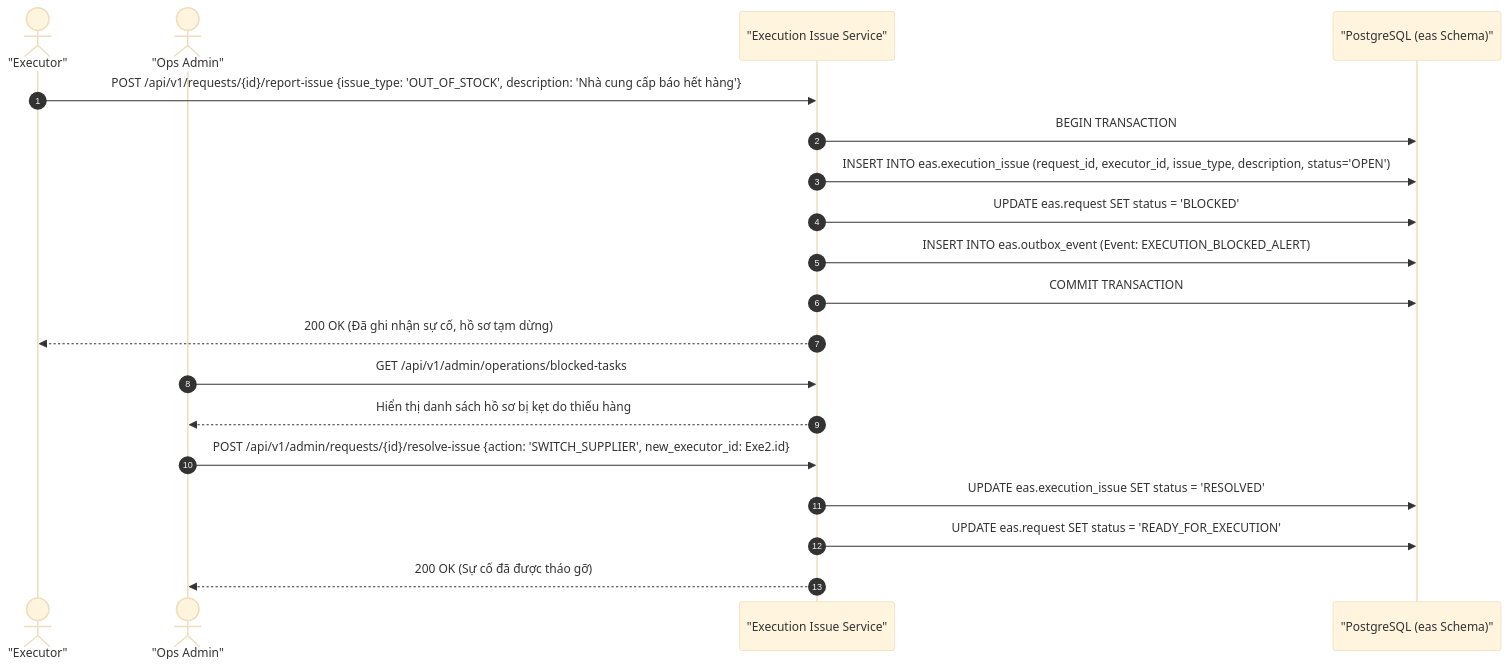
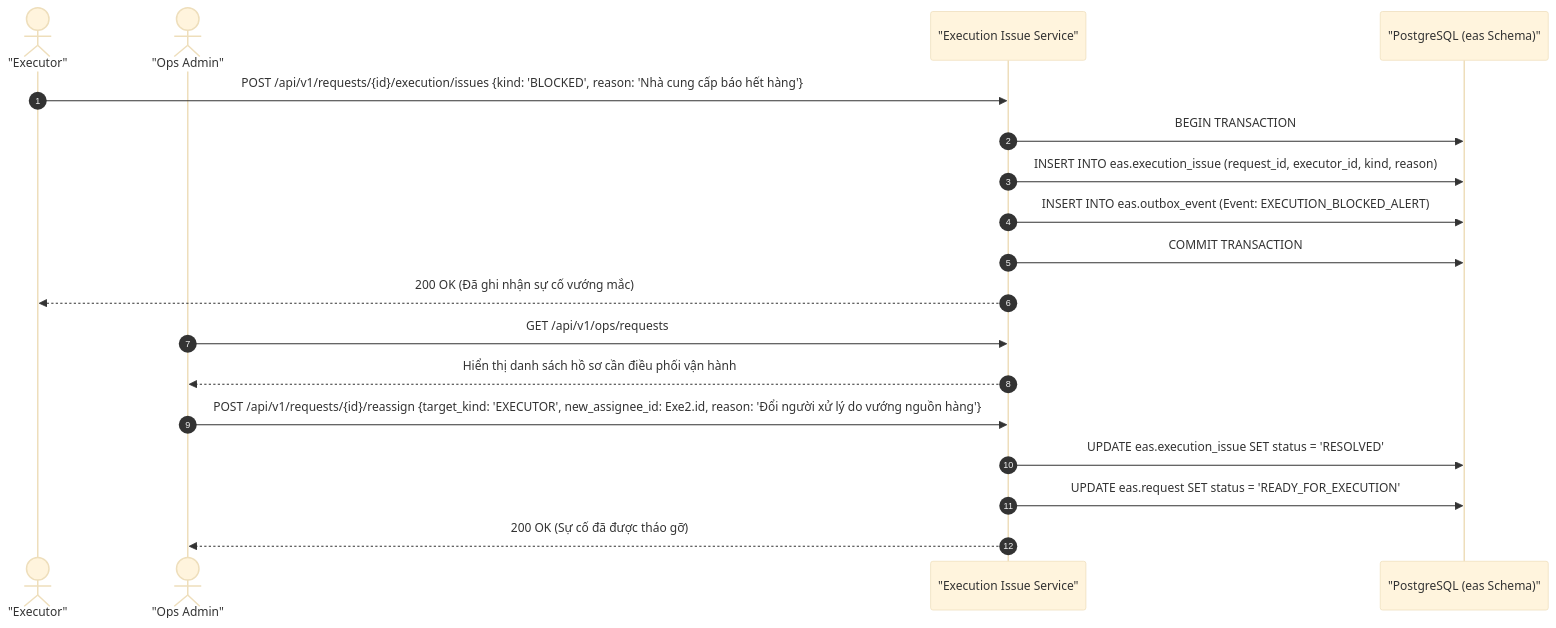
One commit to PhanQuangHuy2310/DATN changed diagram 19 of 22 in workspace/analysis_design/04_SO_DO_SEQUENCE.md. Above: the diagram before and after it, drawn with Mermaid (base theme). The commit also changed other lines of this file and 176 other files, not shown here.

First line of the commit message:
feat: external systems via API, schema v2, security fixes and E2E-verified UI

````diff
--- a/workspace/analysis_design/04_SO_DO_SEQUENCE.md
+++ b/workspace/analysis_design/04_SO_DO_SEQUENCE.md
@@ -700,23 +700,22 @@
 ```mermaid
 sequenceDiagram
     autonumber
     actor Exe as "Executor"
     actor Ops as "Ops Admin"
     participant Core as "Execution Issue Service"
     participant DB as "PostgreSQL (eas Schema)"
 
-    Exe->>Core: POST /api/v1/requests/{id}/report-issue {issue_type: 'OUT_OF_STOCK', description: 'Nhà cung cấp báo hết hàng'}
+    Exe->>Core: POST /api/v1/requests/{id}/execution/issues {kind: 'BLOCKED', reason: 'Nhà cung cấp báo hết hàng'}
     Core->>DB: BEGIN TRANSACTION
-    Core->>DB: INSERT INTO eas.execution_issue (request_id, executor_id, issue_type, description, status='OPEN')
-    Core->>DB: UPDATE eas.request SET status = 'BLOCKED'
+    Core->>DB: INSERT INTO eas.execution_issue (request_id, executor_id, kind, reason)
     Core->>DB: INSERT INTO eas.outbox_event (Event: EXECUTION_BLOCKED_ALERT)
     Core->>DB: COMMIT TRANSACTION
-    Core-->>Exe: 200 OK (Đã ghi nhận sự cố, hồ sơ tạm dừng)
+    Core-->>Exe: 200 OK (Đã ghi nhận sự cố vướng mắc)
 
-    Ops->>Core: GET /api/v1/admin/operations/blocked-tasks
-    Core-->>Ops: Hiển thị danh sách hồ sơ bị kẹt do thiếu hàng
-    Ops->>Core: POST /api/v1/admin/requests/{id}/resolve-issue {action: 'SWITCH_SUPPLIER', new_executor_id: Exe2.id}
+    Ops->>Core: GET /api/v1/ops/requests
+    Core-->>Ops: Hiển thị danh sách hồ sơ cần điều phối vận hành
+    Ops->>Core: POST /api/v1/requests/{id}/reassign {target_kind: 'EXECUTOR', new_assignee_id: Exe2.id, reason: 'Đổi người xử lý do vướng nguồn hàng'}
     Core->>DB: UPDATE eas.execution_issue SET status = 'RESOLVED'
     Core->>DB: UPDATE eas.request SET status = 'READY_FOR_EXECUTION'
     Core-->>Ops: 200 OK (Sự cố đã được tháo gỡ)
 ```
````
